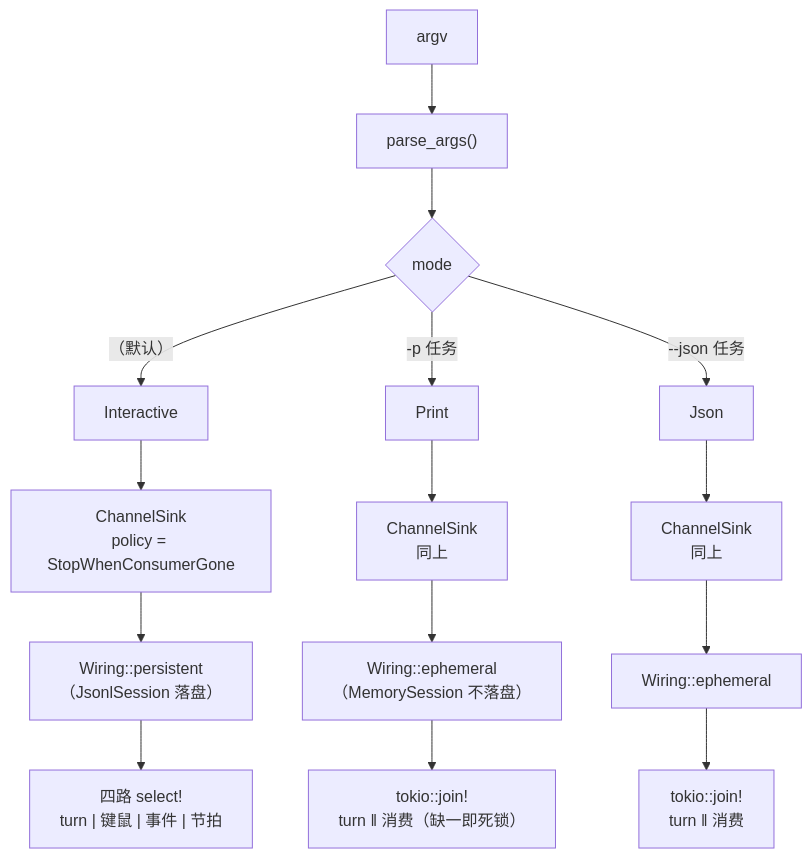
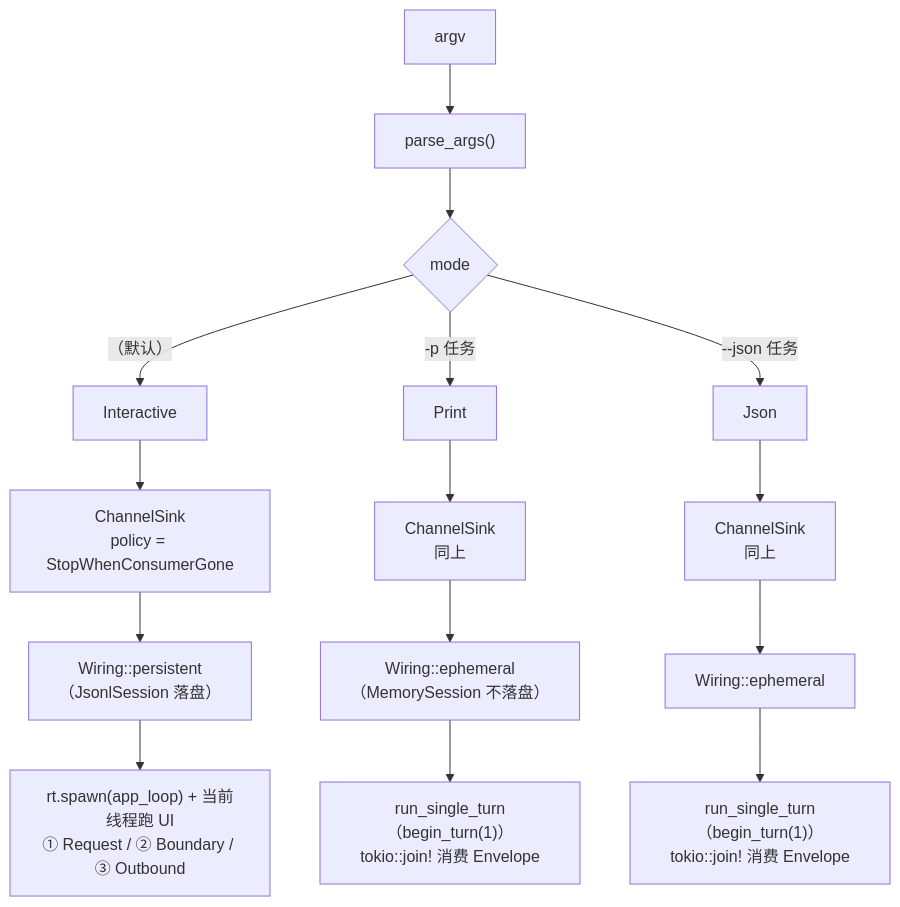
Before and after one commit to zsdfbb/YuShan: diagram 11 of 15 in docs/architecture.md, drawn with Mermaid. The commit also changed other lines of this file and 83 other files, not shown here.

````diff
--- a/docs/architecture.md
+++ b/docs/architecture.md
@@ -414,21 +511,21 @@
 ```mermaid
 flowchart TB
     ARGV["argv"] --> PARSE["parse_args()"]
     PARSE --> M{"mode"}
 
     M -->|"（默认）"| TUI["Interactive"]
     M -->|"-p 任务"| P["Print"]
     M -->|"--json 任务"| J["Json"]
 
     TUI --> TUI_S["ChannelSink<br/>policy = StopWhenConsumerGone"]
     P --> P_S["ChannelSink<br/>同上"]
     J --> J_S["ChannelSink<br/>同上"]
 
     TUI_S --> TUI_W["Wiring::persistent<br/>（JsonlSession 落盘）"]
     P_S --> P_W["Wiring::ephemeral<br/>（MemorySession 不落盘）"]
     J_S --> J_W["Wiring::ephemeral"]
 
-    TUI_W --> TUI_D["四路 select!<br/>turn | 键鼠 | 事件 | 节拍"]
-    P_W --> P_D["tokio::join!<br/>turn ‖ 消费（缺一即死锁）"]
-    J_W --> J_D["tokio::join!<br/>turn ‖ 消费"]
+    TUI_W --> TUI_D["rt.spawn(app_loop) + 当前线程跑 UI<br/>① Request / ② Boundary / ③ Outbound"]
+    P_W --> P_D["run_single_turn（begin_turn(1)）<br/>tokio::join! 消费 Envelope"]
+    J_W --> J_D["run_single_turn（begin_turn(1)）<br/>tokio::join! 消费 Envelope"]
 ```
````
